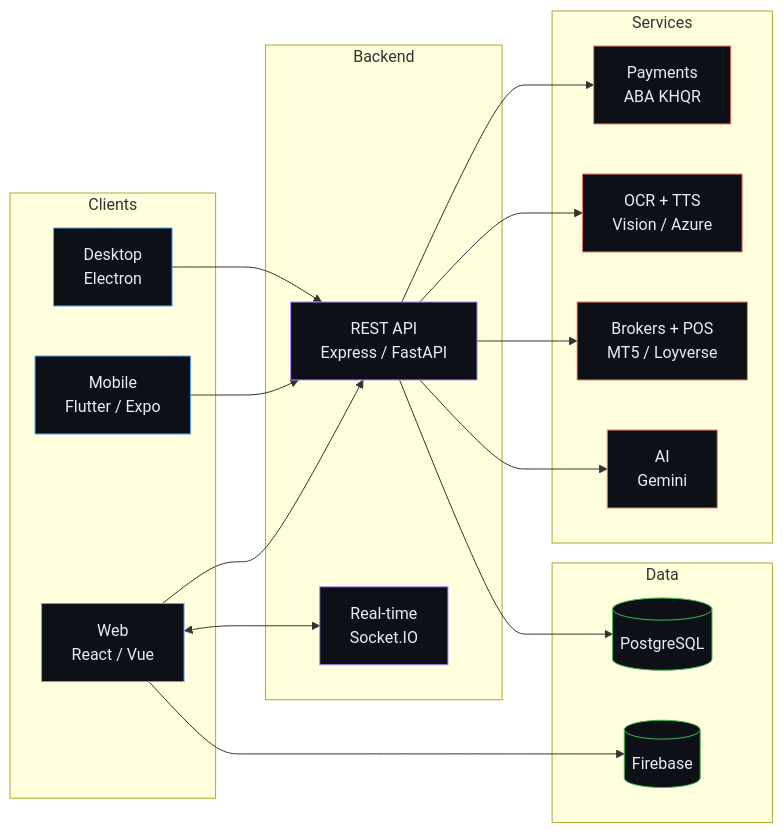
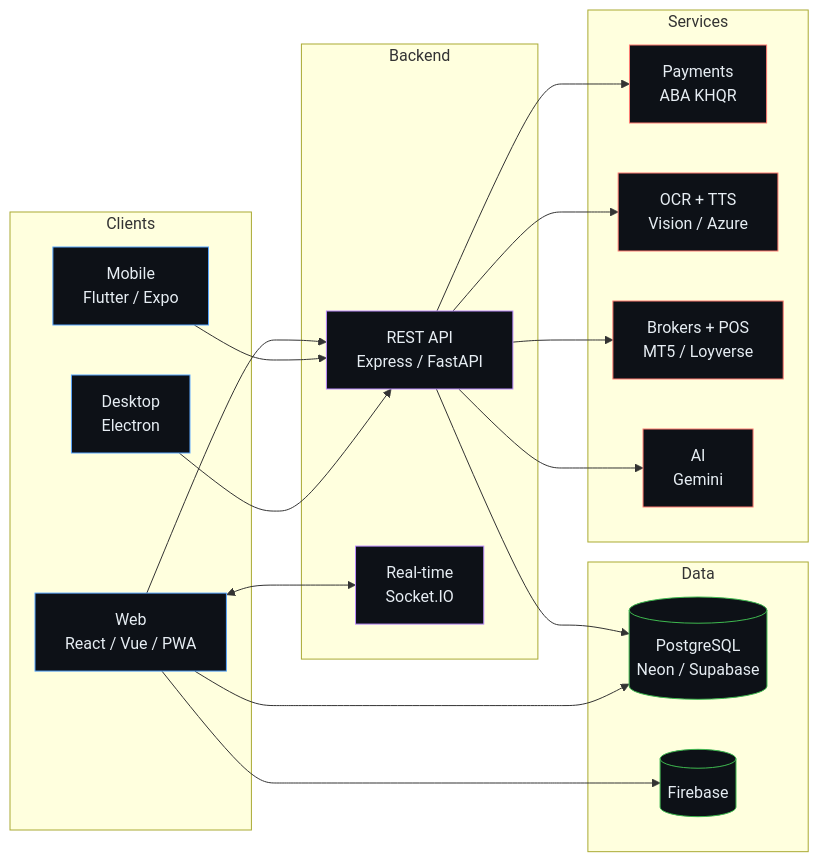
One commit to ThyrexGG/ThyrexGG changed the first of 2 diagrams in README.md. Above: the diagram before and after it, drawn with Mermaid. The commit also changed other lines of this file and 7 other files, not shown here.

````diff
--- a/README.md
+++ b/README.md
@@ -151,40 +172,41 @@
 ```mermaid
 flowchart LR
     subgraph Clients
-        W["Web<br/>React / Vue"]
+        W["Web<br/>React / Vue / PWA"]
         M["Mobile<br/>Flutter / Expo"]
         D["Desktop<br/>Electron"]
     end
     subgraph Backend
         A["REST API<br/>Express / FastAPI"]
         S["Real-time<br/>Socket.IO"]
     end
     subgraph Data
-        P[("PostgreSQL")]
+        P[("PostgreSQL<br/>Neon / Supabase")]
         F[("Firebase")]
     end
     subgraph Services
         X["Payments<br/>ABA KHQR"]
         O["OCR + TTS<br/>Vision / Azure"]
         B["Brokers + POS<br/>MT5 / Loyverse"]
         G["AI<br/>Gemini"]
     end
     W --> A
     M --> A
     D --> A
     W <--> S
     A --> P
+    W --> P
     W --> F
     A --> X
     A --> O
     A --> B
     A --> G
     classDef c fill:#0d1117,stroke:#58a6ff,color:#e6edf3
     classDef b fill:#0d1117,stroke:#bc8cff,color:#e6edf3
     classDef d fill:#0d1117,stroke:#3fb950,color:#e6edf3
     classDef s fill:#0d1117,stroke:#ff7b72,color:#e6edf3
     class W,M,D c
     class A,S b
     class P,F d
     class X,O,B,G s
 ```
````
